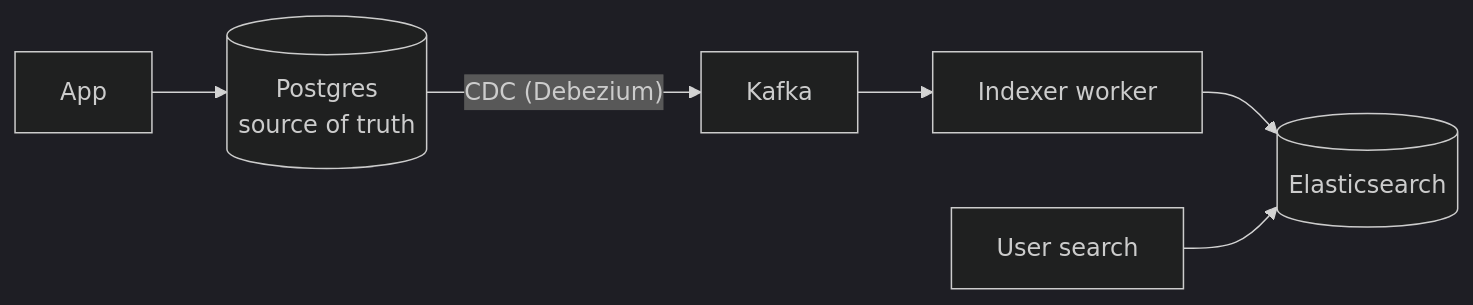
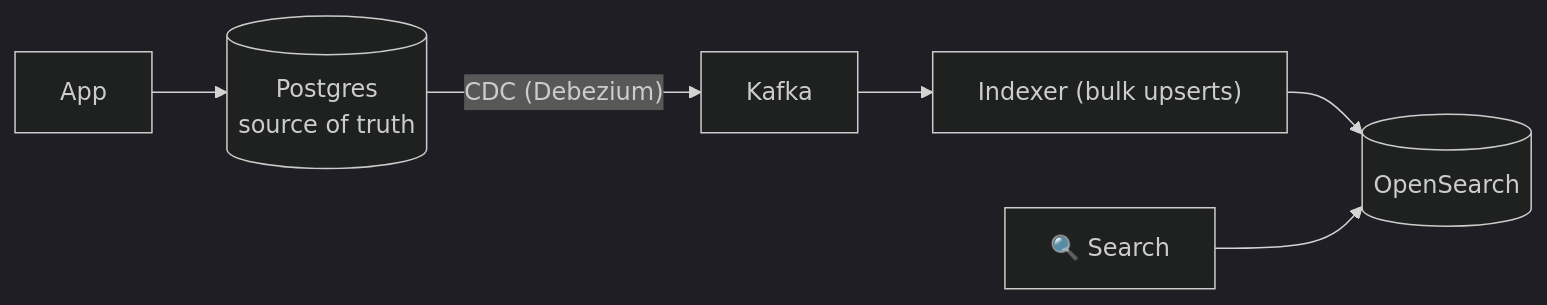
The second of 2 diagrams in phases/05-databases/043-search-and-inverted-index.md (winnyboy5/System-Design-from-Atoms), drawn with Mermaid (dark theme) before and after one commit. The commit also changed other lines of this file and 11 other files, not shown here.

````diff
--- a/phases/05-databases/043-search-and-inverted-index.md
+++ b/phases/05-databases/043-search-and-inverted-index.md
@@ -86,8 +89,8 @@
 ```mermaid
 flowchart LR
     APP["App"] --> PG[("Postgres<br/>source of truth")]
     PG -->|"CDC (Debezium)"| K["Kafka"]
-    K --> IDX["Indexer worker"]
-    IDX --> ES[("Elasticsearch")]
-    USER["User search"] --> ES
+    K --> IDX["Indexer (bulk upserts)"]
+    IDX --> ES[("OpenSearch")]
+    USER["🔍 Search"] --> ES
 ```
````
